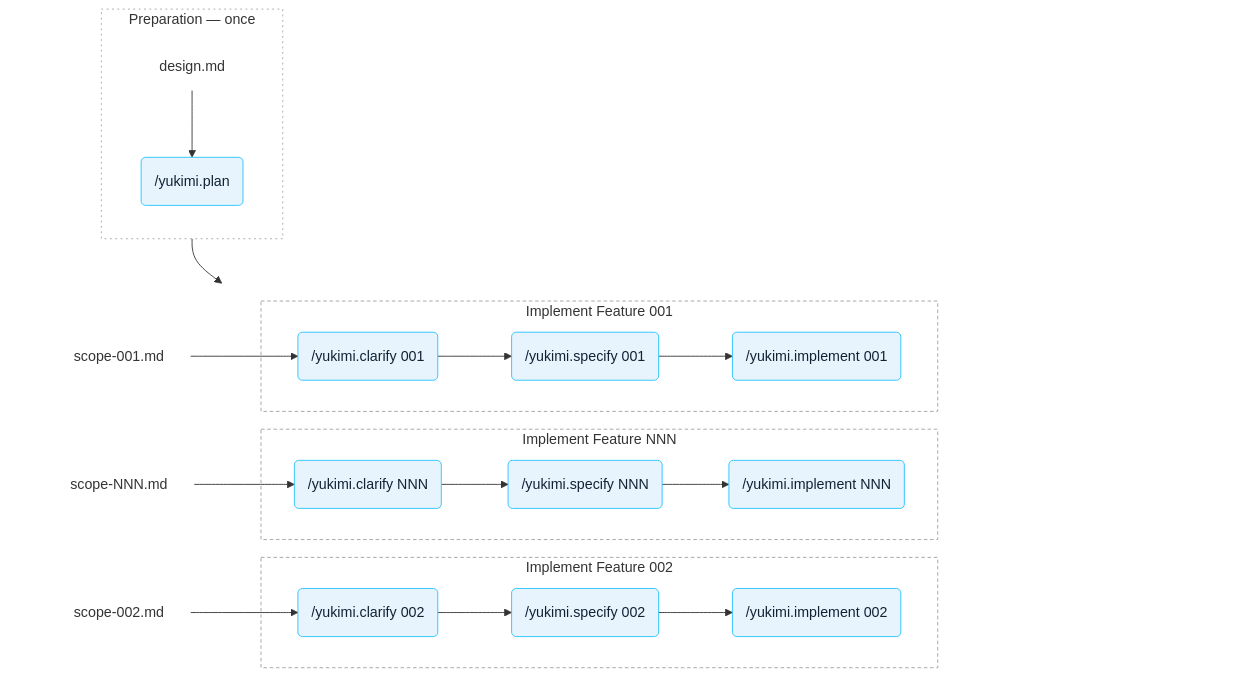
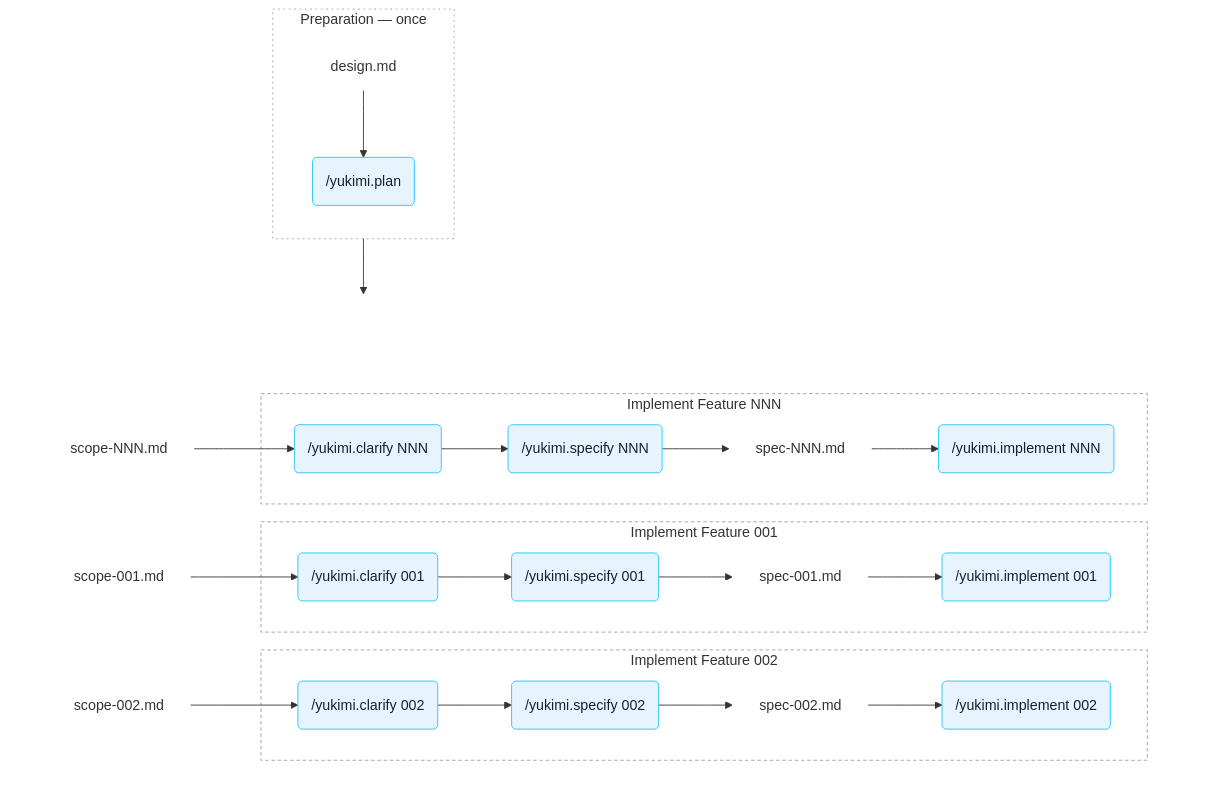
One commit to allianz/yukimi changed the diagram in CONTRIBUTING.md. Above: the diagram before and after it, drawn with Mermaid.

Commit message:
improved picture

````diff
--- a/CONTRIBUTING.md
+++ b/CONTRIBUTING.md
@@ -14,54 +14,58 @@
 ```mermaid
 flowchart TB
     %% Two stacked halves. Edges run box-to-box, never from an inner node to the outside: an edge
     %% out of an inner node makes mermaid drop that box's own `direction`, and the directions are
     %% what shape this diagram (design.md above /yukimi.plan, and the feature rows left to right).
     subgraph prep["Preparation — once"]
         direction TB
         design["design.md"] --> plan("/yukimi.plan")
     end
 
     %% Left alignment: mermaid centres every rank, so the Preparation box needs something to its
     %% right to be pushed left. `spacer` is a transparent node — only its width does any work —
     %% and the invisible `~~~` link is what pins it to the same rank as the box instead of letting
     %% it float off on its own. Add or remove dots to nudge Preparation further left or right.
-    spacer["............................................................................................................................................................................................................................"]
+    spacer["........................................................................................................................................................................................."]
 
-    %% Edge order decides the left-to-right order of the two sources: Preparation's edge comes
-    %% first, so it sits left and the spacer takes the room to its right.
-    prep --> impl
+    %% `anchor` is a second invisible node, directly below Preparation. The arrow terminates there
+    %% instead of on the wide implementation box, so it drops straight down rather than leaning
+    %% towards that box's centre. Edge order decides the left-to-right order at each rank, so the
+    %% Preparation/anchor edges come before the spacer's.
+    prep --> anchor[" "]
+    anchor ~~~ impl
     spacer ~~~ impl
 
-    %% Invisible grouping box. Rows are declared NNN-first because the last one renders on top.
+    %% Invisible grouping box. Row order follows declaration order here, so 001 first, NNN last.
     subgraph impl[" "]
         direction LR
 
-        subgraph specn["Implement Feature NNN"]
-            cn("/yukimi.clarify NNN") --> sn("/yukimi.specify NNN") --> imn("/yukimi.implement NNN")
+        subgraph spec1["Implement Feature 001"]
+            c1("/yukimi.clarify 001") --> s1("/yukimi.specify 001") --> sf1["spec-001.md"] --> i1("/yukimi.implement 001")
         end
 
         subgraph spec2["Implement Feature 002"]
-            c2("/yukimi.clarify 002") --> s2("/yukimi.specify 002") --> i2("/yukimi.implement 002")
+            c2("/yukimi.clarify 002") --> s2("/yukimi.specify 002") --> sf2["spec-002.md"] --> i2("/yukimi.implement 002")
         end
 
-        subgraph spec1["Implement Feature 001"]
-            c1("/yukimi.clarify 001") --> s1("/yukimi.specify 001") --> i1("/yukimi.implement 001")
+        subgraph specn["Implement Feature NNN"]
+            cn("/yukimi.clarify NNN") --> sn("/yukimi.specify NNN") --> sfn["spec-NNN.md"] --> imn("/yukimi.implement NNN")
         end
 
+        sc1["scope-001.md"] --> c1
+        sc2["scope-002.md"] --> c2
         scn["scope-NNN.md"] --> cn
-        sc2["scope-002.md"] --> c2
-        sc1["scope-001.md"] --> c1
     end
 
     classDef file fill:transparent,stroke:transparent,stroke-width:0
     classDef skill fill:#e8f4fd,stroke:#22c2ff,color:#123
-    class design,scn,sc2,sc1 file
+    class design,scn,sc2,sc1,sfn,sf2,sf1 file
     class plan,cn,sn,imn,c2,s2,i2,c1,s1,i1 skill
 
     style prep fill:transparent,stroke:#9aa0a6,stroke-dasharray:2 4
     style spacer fill:transparent,stroke:transparent,color:transparent
+    style anchor fill:transparent,stroke:transparent,color:transparent
     style impl fill:transparent,stroke:transparent
     style spec1 fill:transparent,stroke:#9aa0a6,stroke-dasharray:4 3
     style spec2 fill:transparent,stroke:#9aa0a6,stroke-dasharray:4 3
     style specn fill:transparent,stroke:#9aa0a6,stroke-dasharray:4 3
 ```
````
